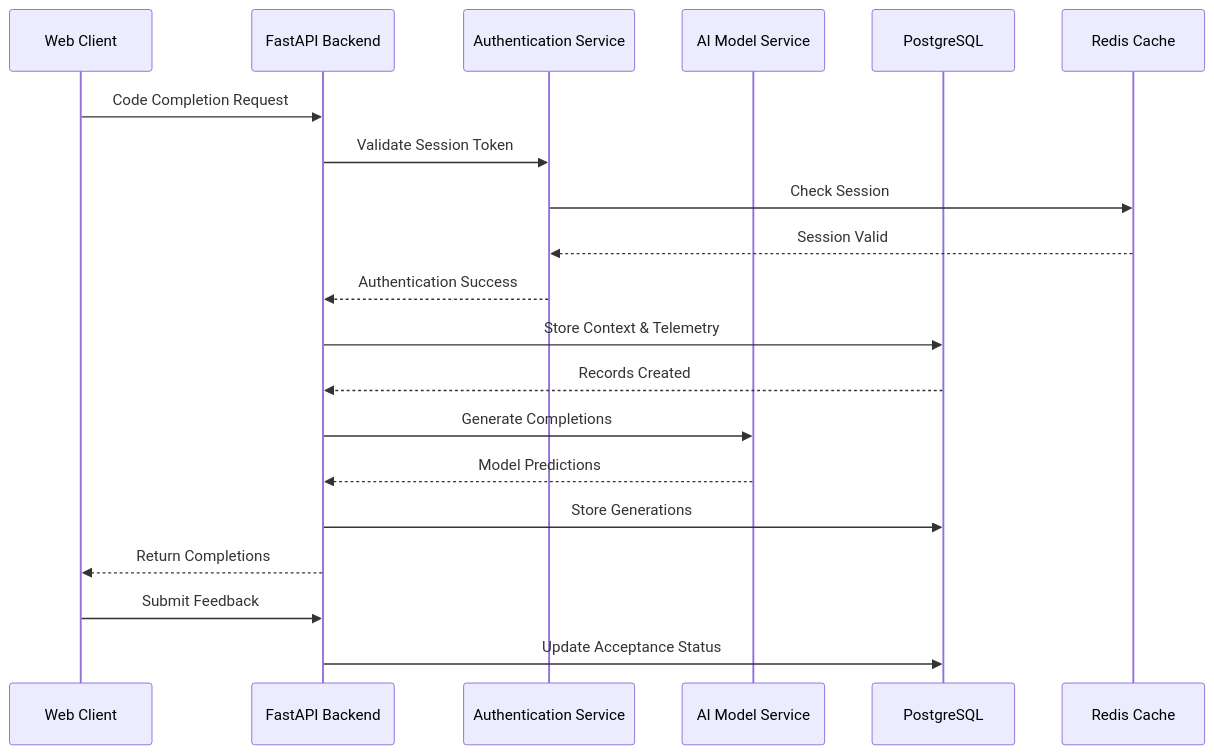
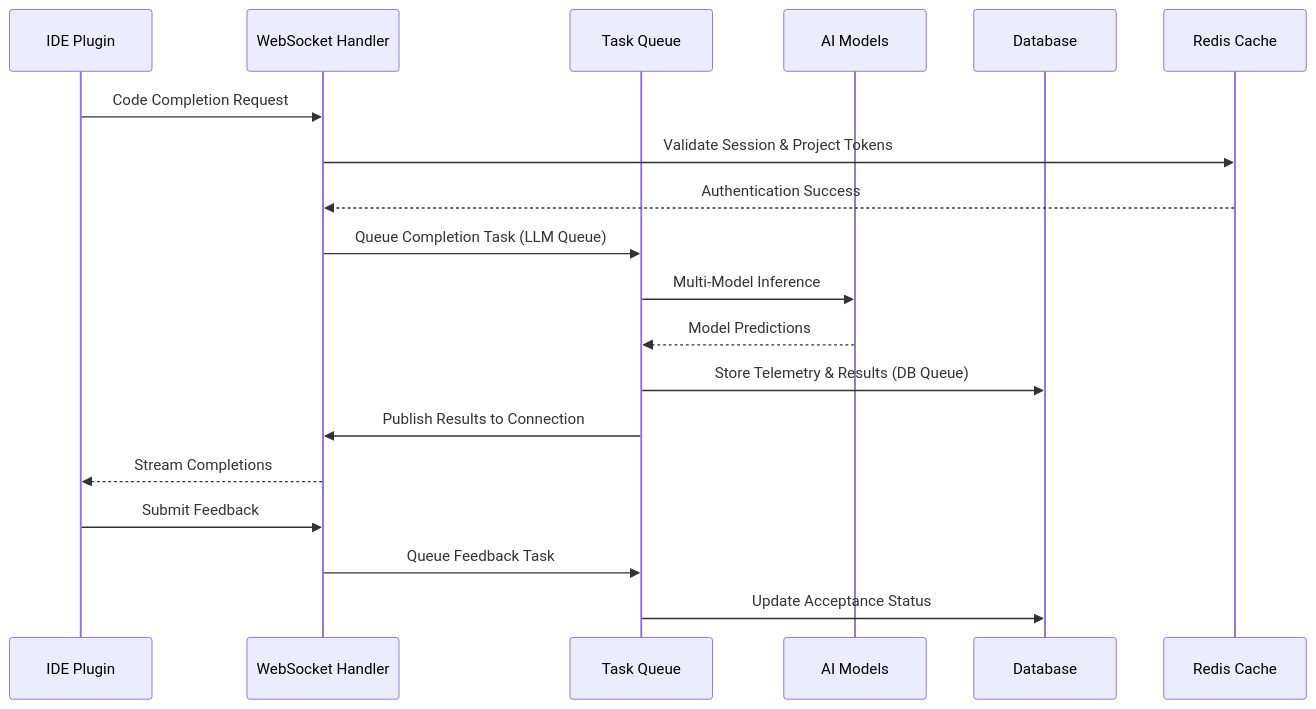
Before and after one commit to AISE-TUDelft/code4me2-server: the second of 5 diagrams in README.md, drawn with Mermaid. The commit also changed other lines of this file and 3 other files, not shown here.

````diff
--- a/README.md
+++ b/README.md
@@ -80,27 +121,25 @@
 ```mermaid
 sequenceDiagram
-    participant Client as Web Client
-    participant API as FastAPI Backend
-    participant Auth as Authentication Service
-    participant AI as AI Model Service
-    participant DB as PostgreSQL
-    participant Cache as Redis Cache
+    participant Client as IDE Plugin
+    participant WS as WebSocket Handler
+    participant Celery as Task Queue
+    participant AI as AI Models
+    participant DB as Database
+    participant Redis as Redis Cache
 
-    Client->>API: Code Completion Request
-    API->>Auth: Validate Session Token
-    Auth->>Cache: Check Session
-    Cache-->>Auth: Session Valid
-    Auth-->>API: Authentication Success
+    Client->>WS: Code Completion Request
+    WS->>Redis: Validate Session & Project Tokens
+    Redis-->>WS: Authentication Success
+    
+    WS->>Celery: Queue Completion Task (LLM Queue)
+    Celery->>AI: Multi-Model Inference
+    AI-->>Celery: Model Predictions
+    
+    Celery->>DB: Store Telemetry & Results (DB Queue)
+    Celery->>WS: Publish Results to Connection
+    WS-->>Client: Stream Completions
 
-    API->>DB: Store Context & Telemetry
-    DB-->>API: Records Created
-
-    API->>AI: Generate Completions
-    AI-->>API: Model Predictions
-
-    API->>DB: Store Generations
-    API-->>Client: Return Completions
-
-    Client->>API: Submit Feedback
-    API->>DB: Update Acceptance Status
+    Client->>WS: Submit Feedback
+    WS->>Celery: Queue Feedback Task
+    Celery->>DB: Update Acceptance Status
 ```
````
